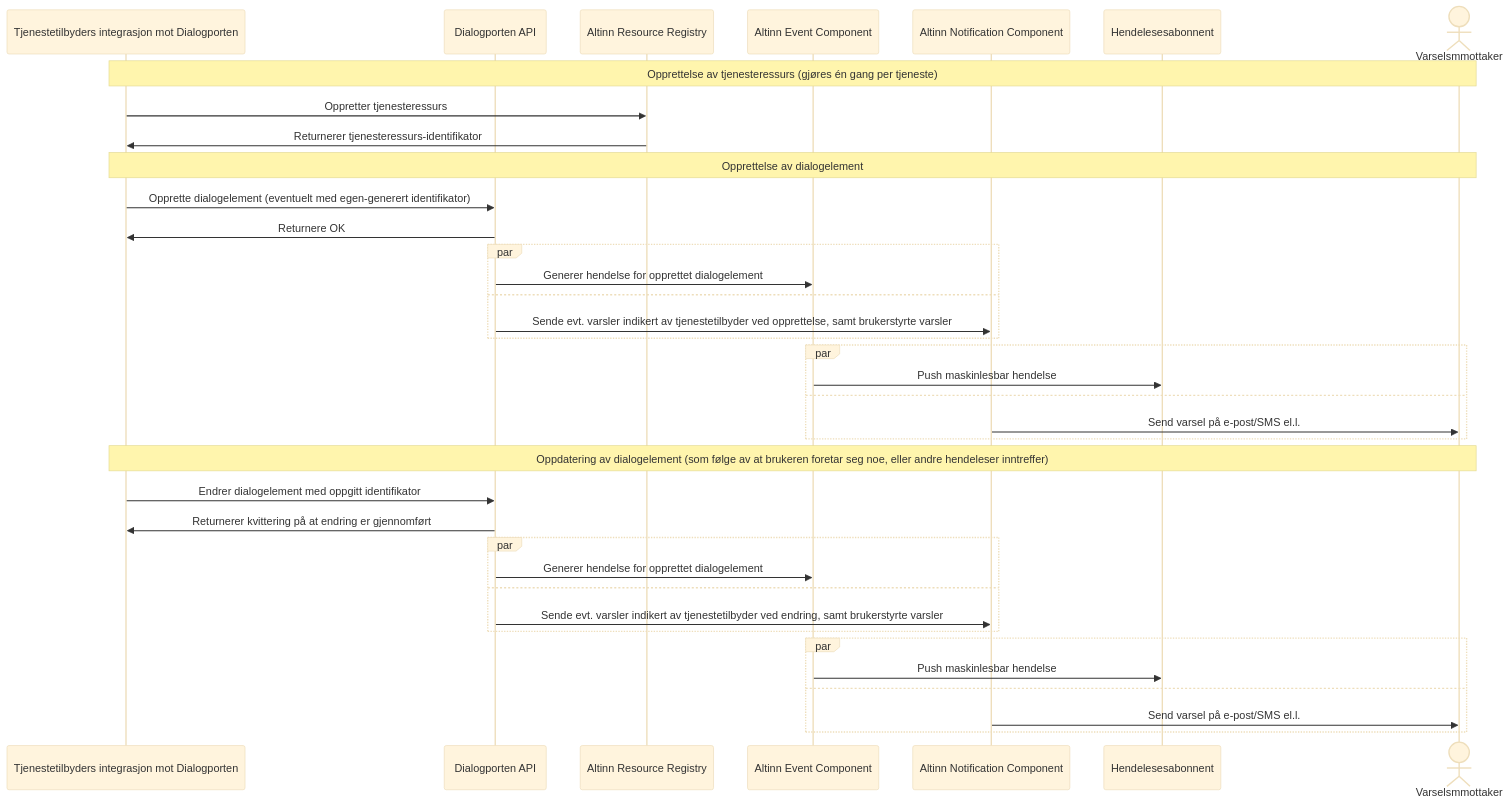
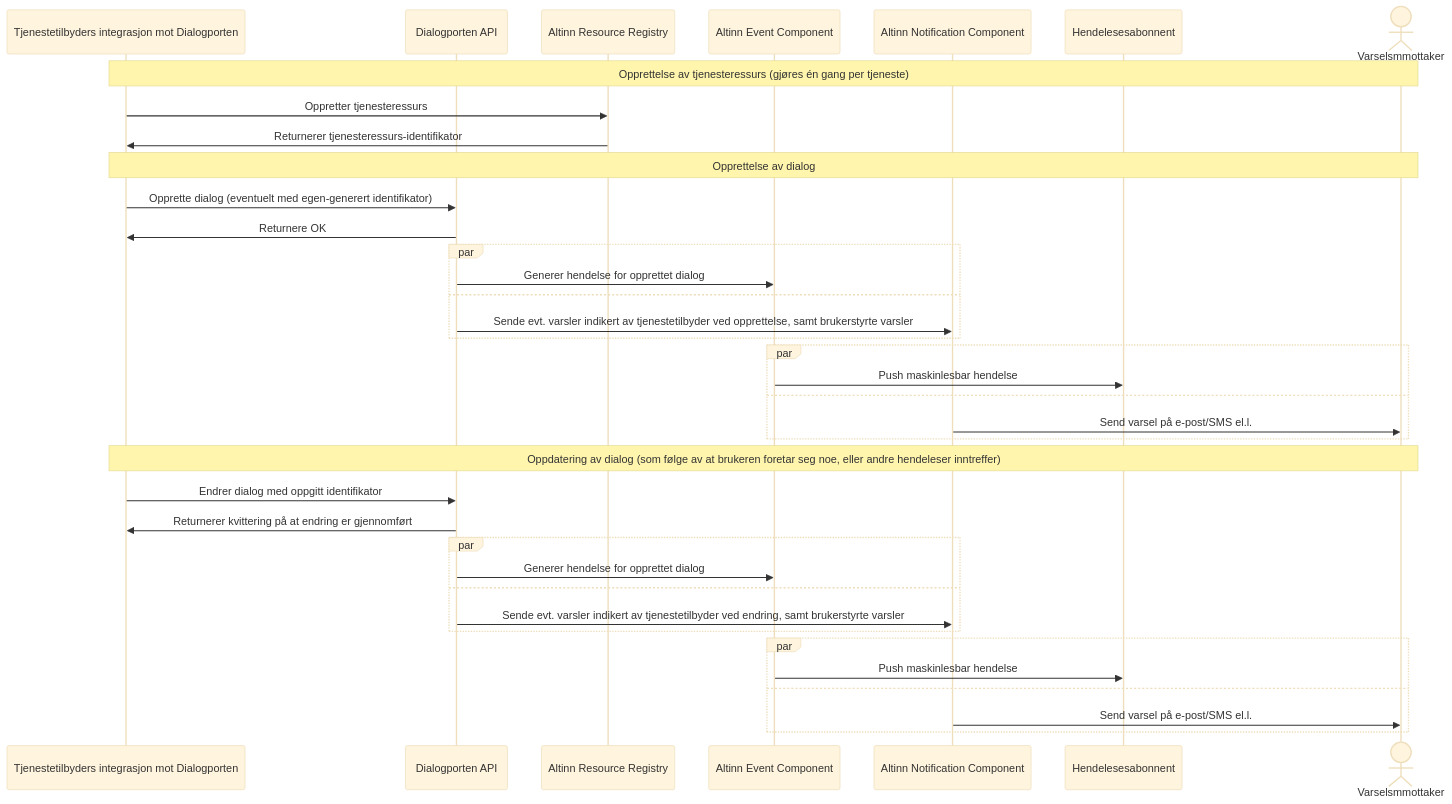
Before and after one commit to elsand/elsand.github.io: the first of 6 diagrams in dialogporten.md, drawn with Mermaid (base theme). The commit also changed other lines of this file and 7 other files, not shown here.

````diff
--- a/dialogporten.md
+++ b/dialogporten.md
@@ -230,42 +230,42 @@
 ```mermaid!
 sequenceDiagram
     participant TE as Tjenestetilbyders integrasjon mot Dialogporten
     participant API as Dialogporten API
     participant ARR as Altinn Resource Registry
     participant EVT as Altinn Event Component
     participant NOT as Altinn Notification Component
     participant EVTRCPT as Hendelesesabonnent
     actor NOTRCPT as Varselsmmottaker
 
 note over TE,NOTRCPT: Opprettelse av tjenesteressurs (gjøres én gang per tjeneste)
 TE->>ARR: Oppretter tjenesteressurs
 ARR->>TE: Returnerer tjenesteressurs-identifikator
-note over TE,NOTRCPT: Opprettelse av dialogelement
-TE->>API: Opprette dialogelement (eventuelt med egen-generert identifikator)
+note over TE,NOTRCPT: Opprettelse av dialog
+TE->>API: Opprette dialog (eventuelt med egen-generert identifikator)
 API->>TE: Returnere OK
 par
-    API->>EVT: Generer hendelse for opprettet dialogelement
+    API->>EVT: Generer hendelse for opprettet dialog
     and
     API->>NOT: Sende evt. varsler indikert av tjenestetilbyder ved opprettelse, samt brukerstyrte varsler
 end
 par
     EVT->>EVTRCPT: Push maskinlesbar hendelse
     and
     NOT->>NOTRCPT: Send varsel på e-post/SMS el.l.
 end
 
-note over TE,NOTRCPT: Oppdatering av dialogelement (som følge av at brukeren foretar seg noe, eller andre hendeleser inntreffer)
+note over TE,NOTRCPT: Oppdatering av dialog (som følge av at brukeren foretar seg noe, eller andre hendeleser inntreffer)
 
-TE->>API: Endrer dialogelement med oppgitt identifikator
+TE->>API: Endrer dialog med oppgitt identifikator
 API->>TE: Returnerer kvittering på at endring er gjennomført
 par
-    API->>EVT: Generer hendelse for opprettet dialogelement
+    API->>EVT: Generer hendelse for opprettet dialog
     and
     API->>NOT: Sende evt. varsler indikert av tjenestetilbyder ved endring, samt brukerstyrte varsler
 end
 par
     EVT->>EVTRCPT: Push maskinlesbar hendelse
     and
     NOT->>NOTRCPT: Send varsel på e-post/SMS el.l.
 end
 ```
````
